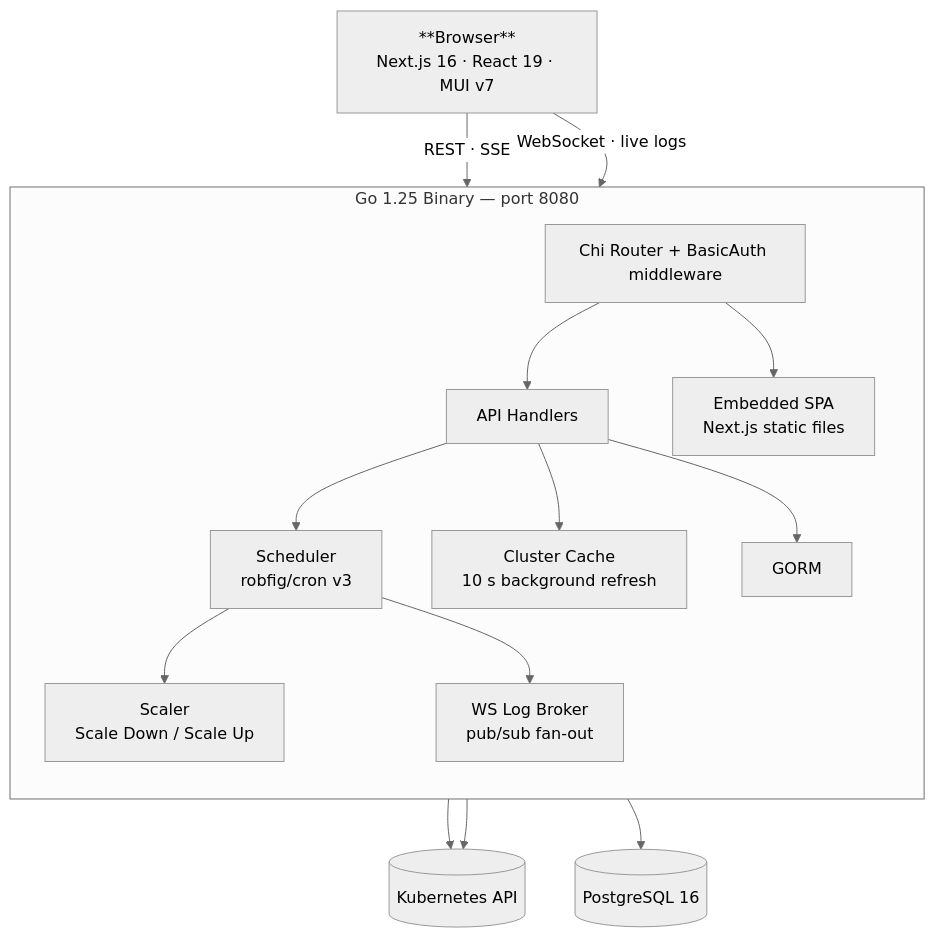
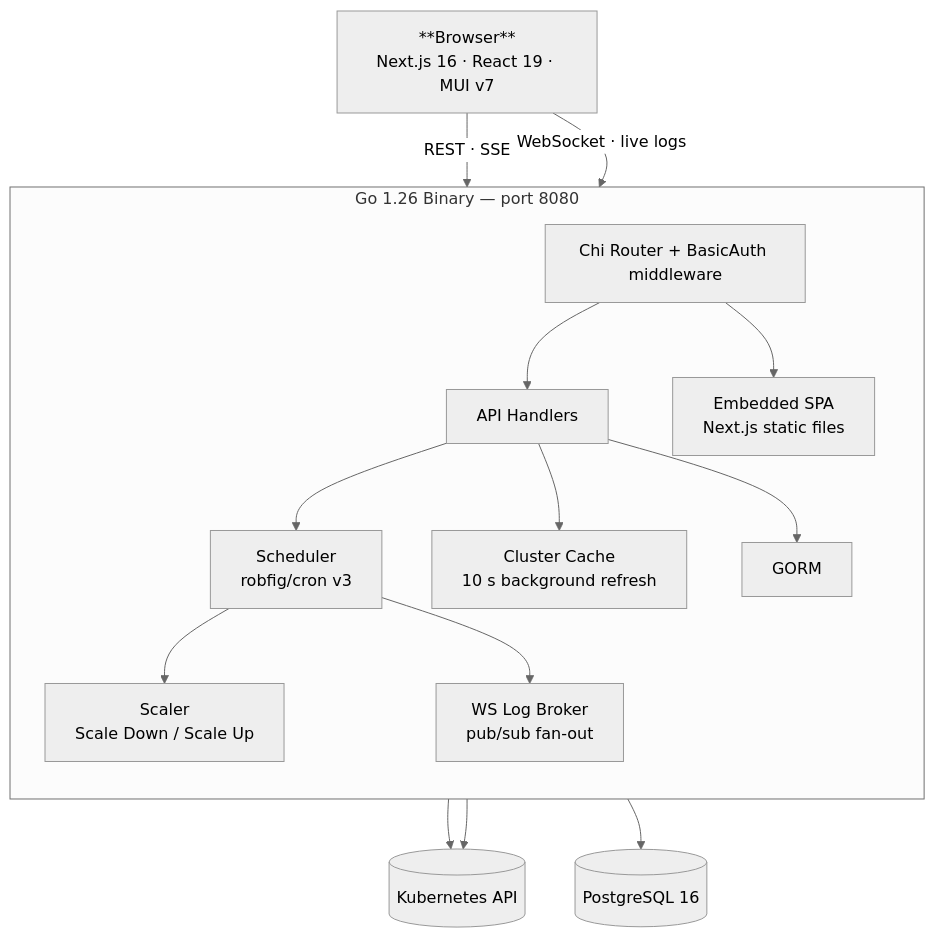
One commit to MacXsimilian/kube-phoenix changed the diagram in README.md. Above: the diagram before and after it, drawn with Mermaid (neutral theme). The commit also changed other lines of this file and 1 other file, not shown here.

First line of the commit message:
docs: update versions across README and ARCHITECTURE

````diff
--- a/README.md
+++ b/README.md
@@ -105,32 +105,32 @@
 ```mermaid
 flowchart TB
     Browser["**Browser**<br/>Next.js 16 · React 19 · MUI v7"]
 
-    subgraph Binary["Go 1.25 Binary — port 8080"]
+    subgraph Binary["Go 1.26 Binary — port 8080"]
         direction TB
         Router["Chi Router + BasicAuth middleware"]
         Handlers["API Handlers"]
         Scheduler["Scheduler<br/>robfig/cron v3"]
         Scaler["Scaler<br/>Scale Down / Scale Up"]
         Cache["Cluster Cache<br/>10 s background refresh"]
         Broker["WS Log Broker<br/>pub/sub fan-out"]
         GORM["GORM"]
         SPA["Embedded SPA<br/>Next.js static files"]
     end
 
     K8s[("Kubernetes API")]
     PG[("PostgreSQL 16")]
 
     Browser -- "REST · SSE" --> Router
     Browser -- "WebSocket · live logs" --> Router
     Router --> Handlers
     Router --> SPA
     Handlers --> Scheduler
     Handlers --> Cache
     Handlers --> GORM
     Scheduler --> Scaler
     Scheduler --> Broker
     Scaler --> K8s
     Cache --> K8s
     GORM --> PG
 ```
````
